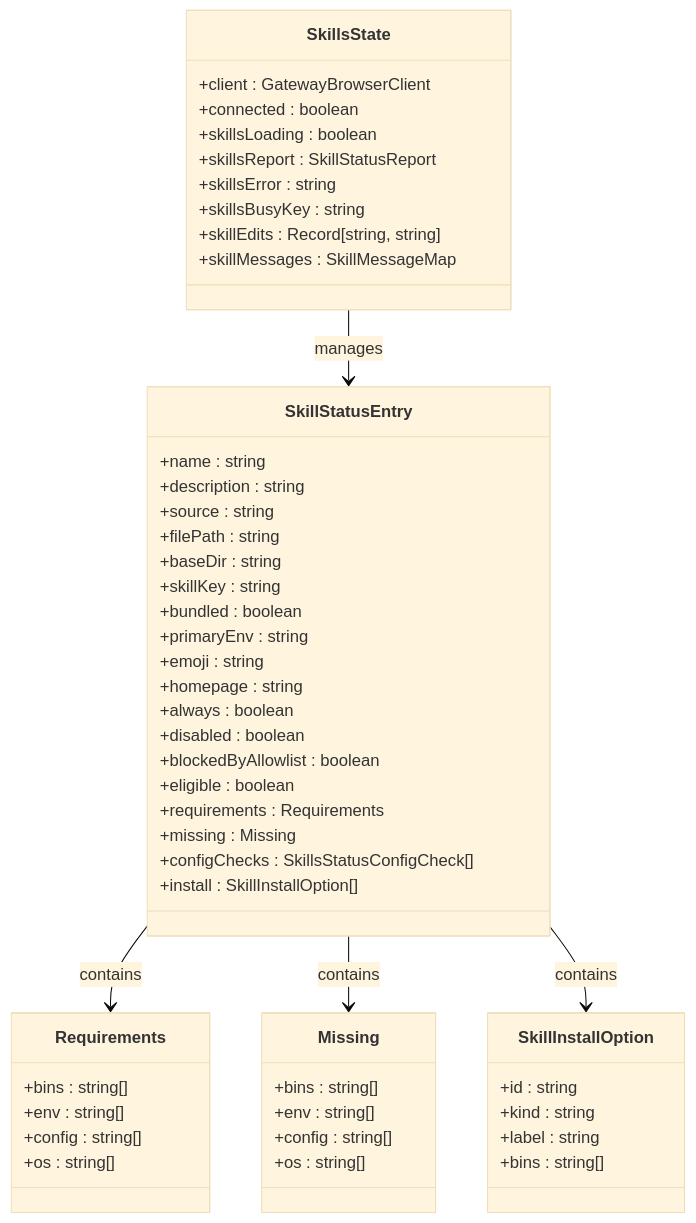
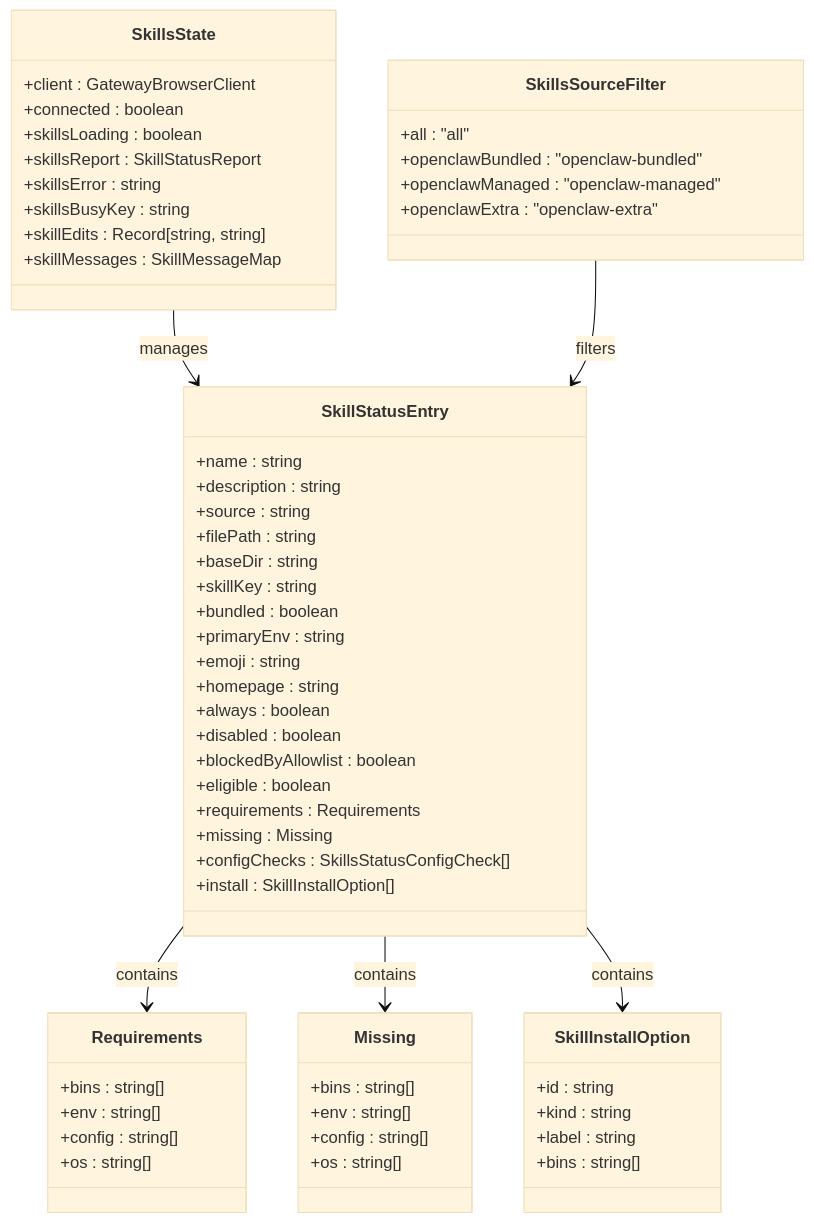
The third of 8 diagrams in .qoder/repowiki/zh/content/Web界面/UI组件系统/技能工具栏.md (verse-ai-org/openclaw), drawn with Mermaid (base theme) before and after one commit. The commit also changed other lines of this file and 13 other files, not shown here.

````diff
--- a/.qoder/repowiki/zh/content/Web界面/UI组件系统/技能工具栏.md
+++ b/.qoder/repowiki/zh/content/Web界面/UI组件系统/技能工具栏.md
@@ -163,55 +198,62 @@
 ```mermaid
 classDiagram
 class SkillsState {
 +client : GatewayBrowserClient
 +connected : boolean
 +skillsLoading : boolean
 +skillsReport : SkillStatusReport
 +skillsError : string
 +skillsBusyKey : string
 +skillEdits : Record[string, string]
 +skillMessages : SkillMessageMap
 }
 class SkillStatusEntry {
 +name : string
 +description : string
 +source : string
 +filePath : string
 +baseDir : string
 +skillKey : string
 +bundled : boolean
 +primaryEnv : string
 +emoji : string
 +homepage : string
 +always : boolean
 +disabled : boolean
 +blockedByAllowlist : boolean
 +eligible : boolean
 +requirements : Requirements
 +missing : Missing
 +configChecks : SkillsStatusConfigCheck[]
 +install : SkillInstallOption[]
 }
 class Requirements {
 +bins : string[]
 +env : string[]
 +config : string[]
 +os : string[]
 }
 class Missing {
 +bins : string[]
 +env : string[]
 +config : string[]
 +os : string[]
 }
 class SkillInstallOption {
 +id : string
 +kind : string
 +label : string
 +bins : string[]
 }
+class SkillsSourceFilter {
++all : "all"
++openclawBundled : "openclaw-bundled"
++openclawManaged : "openclaw-managed"
++openclawExtra : "openclaw-extra"
+}
 SkillsState --> SkillStatusEntry : manages
 SkillStatusEntry --> Requirements : contains
 SkillStatusEntry --> Missing : contains
 SkillStatusEntry --> SkillInstallOption : contains
+SkillsSourceFilter --> SkillStatusEntry : filters
 ```
````
